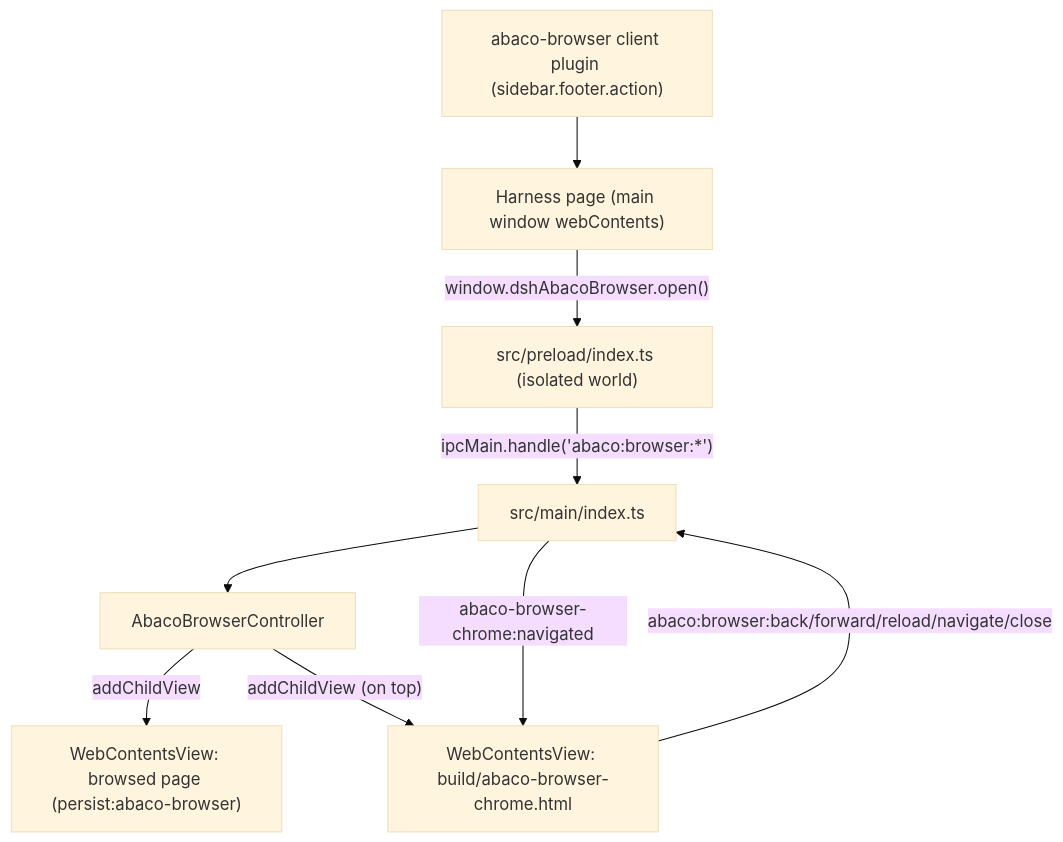
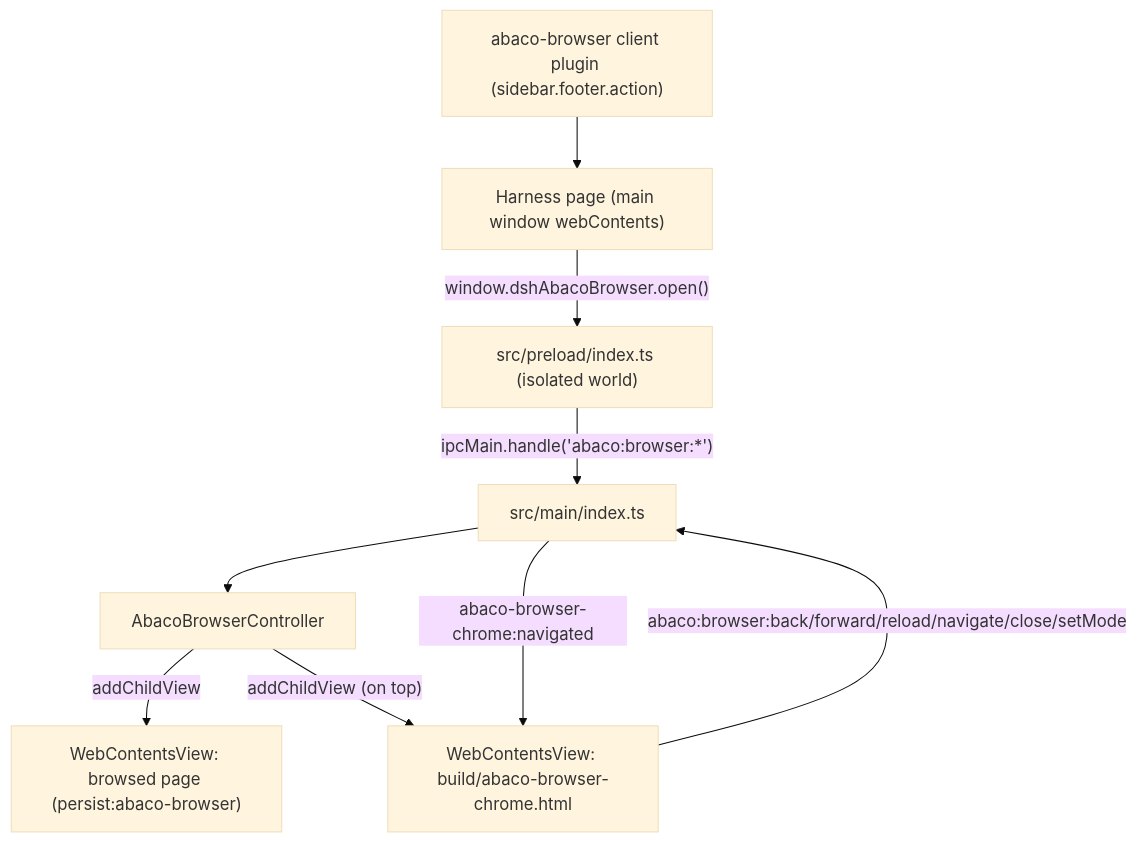
The first of 2 diagrams in desktop/src/dsh-desktop/docs/abaco-browser.md (anthony-x507/Abaco-deep-Core), drawn with Mermaid (base theme) before and after one commit. The commit also changed other lines of this file, not shown here.

Commit message:
docs(browser): F1 topology and decisions (loopback RPC, tool signatures, takeover gate)

````diff
--- a/desktop/src/dsh-desktop/docs/abaco-browser.md
+++ b/desktop/src/dsh-desktop/docs/abaco-browser.md
@@ -13,11 +18,11 @@
 ```mermaid
 flowchart TD
   PAGE["Harness page (main window webContents)"] -->|"window.dshAbacoBrowser.open()"| PRELOAD["src/preload/index.ts (isolated world)"]
   PLUGIN["abaco-browser client plugin (sidebar.footer.action)"] --> PAGE
   PRELOAD -->|"ipcMain.handle('abaco:browser:*')"| MAIN["src/main/index.ts"]
   MAIN --> CTRL["AbacoBrowserController"]
   CTRL -->|"addChildView"| OVERLAY["WebContentsView: browsed page (persist:abaco-browser)"]
   CTRL -->|"addChildView (on top)"| CHROME["WebContentsView: build/abaco-browser-chrome.html"]
-  CHROME -->|"abaco:browser:back/forward/reload/navigate/close"| MAIN
+  CHROME -->|"abaco:browser:back/forward/reload/navigate/close/setMode"| MAIN
   MAIN -->|"abaco-browser-chrome:navigated"| CHROME
 ```
````
